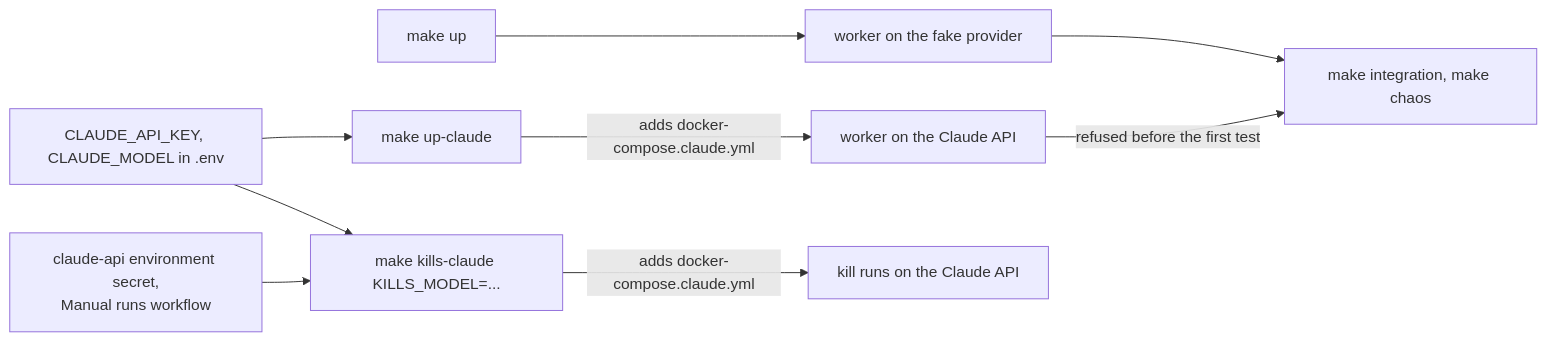
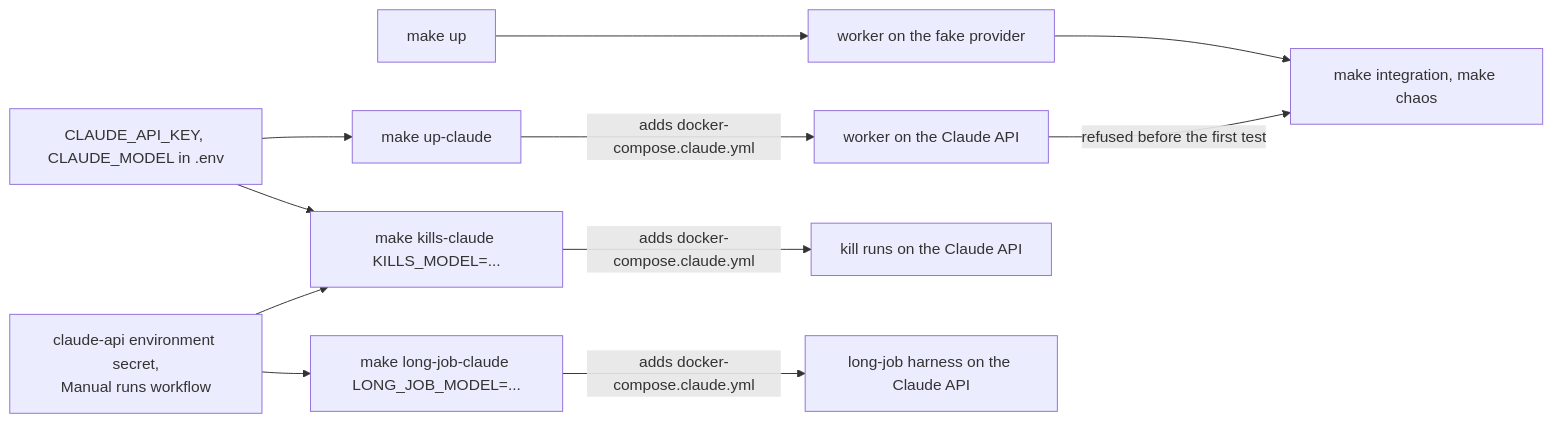
The second of 2 diagrams in docs/settings.md (sindredg/agent-runtime), drawn with Mermaid before and after one commit. The commit also changed other lines of this file and 22 other files, not shown here.

Commit message:
feat: add the keyed long-job paths, refused until the line is signed, and judge their entry by two jobs (#245)

````diff
--- a/docs/settings.md
+++ b/docs/settings.md
@@ -31,11 +32,12 @@
 ```mermaid
 flowchart LR
     U[make up] --> F[worker on the fake provider]
     C[make up-claude] -->|adds docker-compose.claude.yml| A[worker on the Claude API]
     K[CLAUDE_API_KEY, CLAUDE_MODEL in .env] --> C
     F --> T[make integration, make chaos]
     A -->|refused before the first test| T
     KC[make kills-claude KILLS_MODEL=...] -->|adds docker-compose.claude.yml| KA[kill runs on the Claude API]
     K --> KC
-    G[claude-api environment secret,<br/>Manual runs workflow] --> KC
+    G[claude-api environment secret,<br/>Manual runs workflow] --> KC & LJ
+    LJ[make long-job-claude LONG_JOB_MODEL=...] -->|adds docker-compose.claude.yml| LA[long-job harness on the Claude API]
 ```
````
